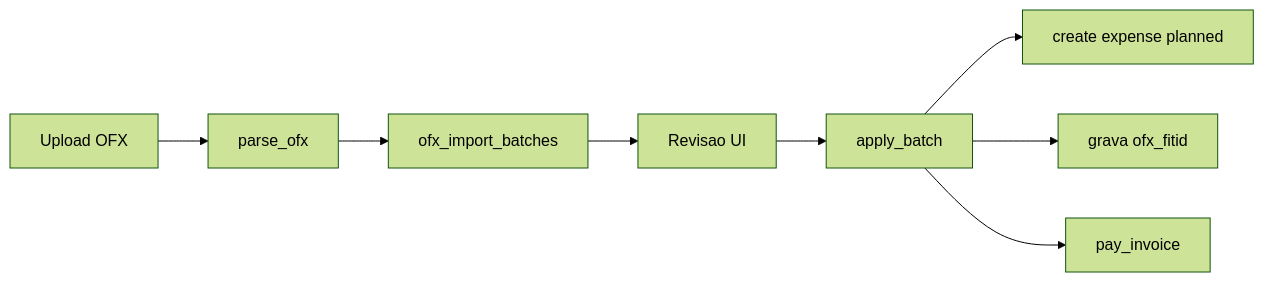
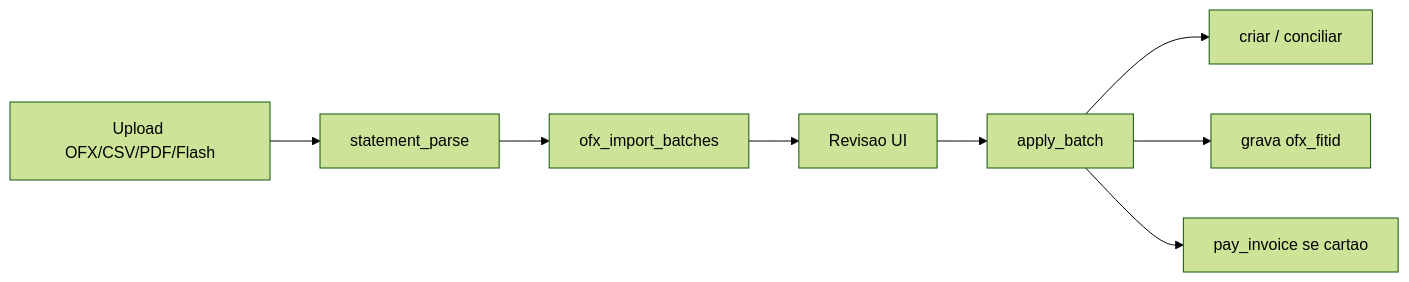
The second of 2 diagrams in apps/app2/docs/ARCHITECTURE.md (pauloneto8/tri-docuras), drawn with Mermaid (forest theme) before and after one commit. The commit also changed other lines of this file and 26 other files, not shown here.

First line of the commit message:
feat(app2): filtros em Movimentos, PDF/Flash no extrato e docs.

````diff
--- a/apps/app2/docs/ARCHITECTURE.md
+++ b/apps/app2/docs/ARCHITECTURE.md
@@ -244,10 +248,10 @@
 ```mermaid
 flowchart LR
-  upload[Upload OFX] --> parse[parse_ofx]
+  upload[Upload OFX/CSV/PDF/Flash] --> parse[statement_parse]
   parse --> batch[ofx_import_batches]
   batch --> review[Revisao UI]
   review --> apply[apply_batch]
-  apply --> createTx[create expense planned]
+  apply --> createTx[criar / conciliar]
   apply --> matchTx[grava ofx_fitid]
-  apply --> payInv[pay_invoice]
+  apply --> payInv[pay_invoice se cartao]
 ```
````
